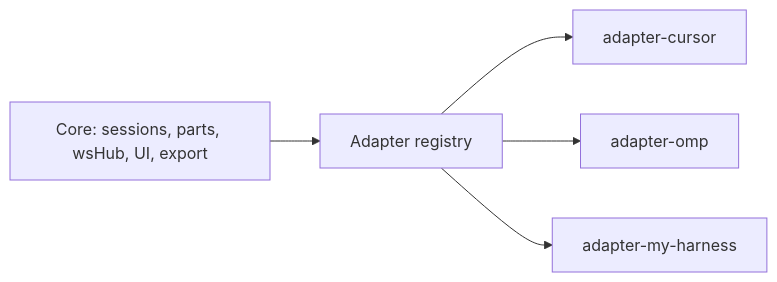
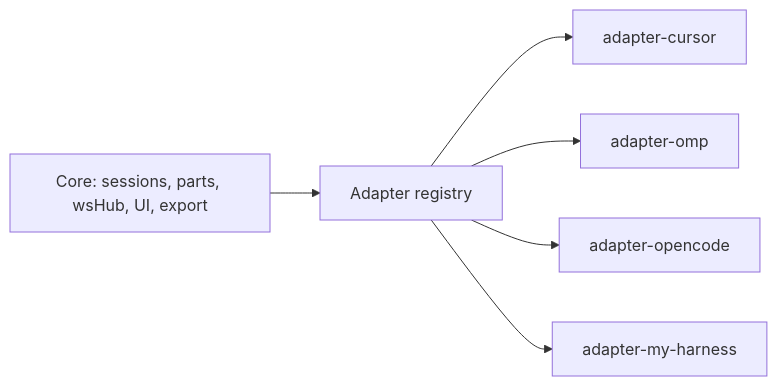
One commit to Alek7eeey/acpio changed the diagram in docs/adapters.md. Above: the diagram before and after it, drawn with Mermaid. The commit also changed other lines of this file and 28 other files, not shown here.

Commit message:
Add an OpenCode adapter: `opencode acp` joins the registry, and its subagent frames — a spawn tool_call carrying `name` plus `opencode/session/child_update` notifications — merge into one card per child session.

````diff
--- a/docs/adapters.md
+++ b/docs/adapters.md
@@ -8,10 +8,11 @@
 ```mermaid
 flowchart LR
     Core[Core: sessions, parts, wsHub, UI, export]
     Registry[Adapter registry]
     Cur[adapter-cursor]
     Omp[adapter-omp]
+    Ocp[adapter-opencode]
     Mine[adapter-my-harness]
     Core --> Registry
-    Registry --> Cur & Omp & Mine
+    Registry --> Cur & Omp & Ocp & Mine
 ```
````
